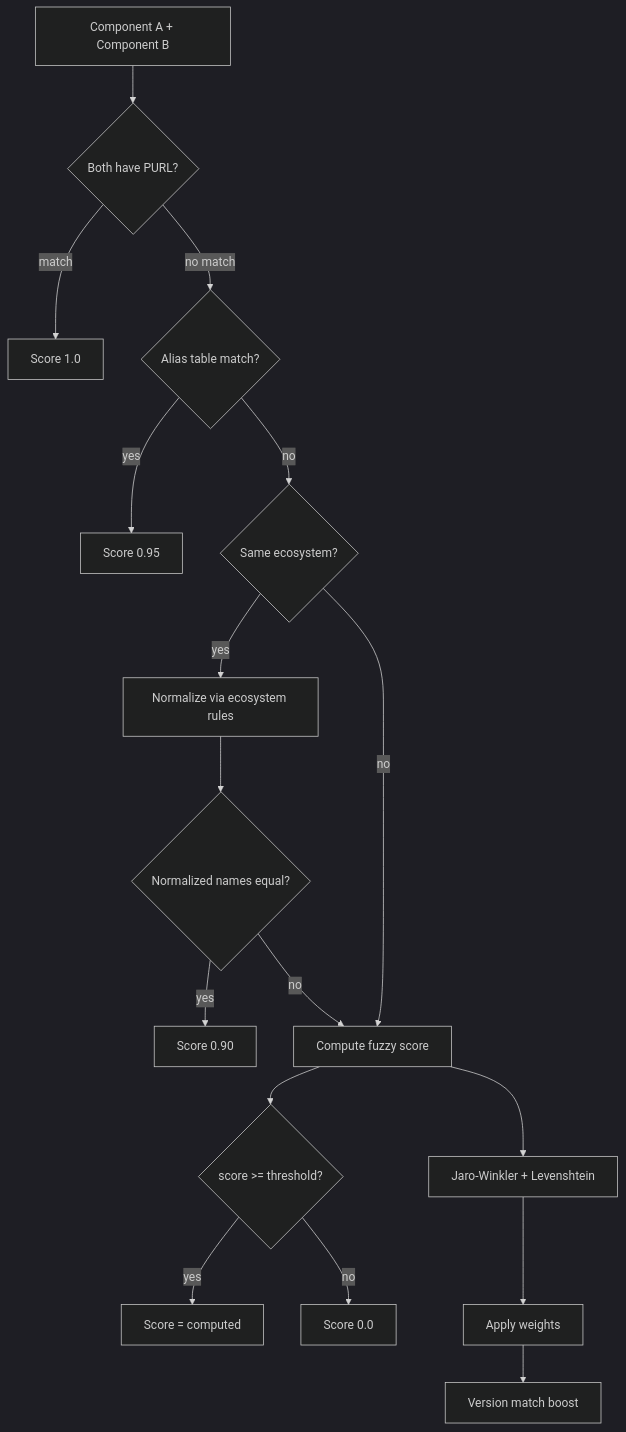
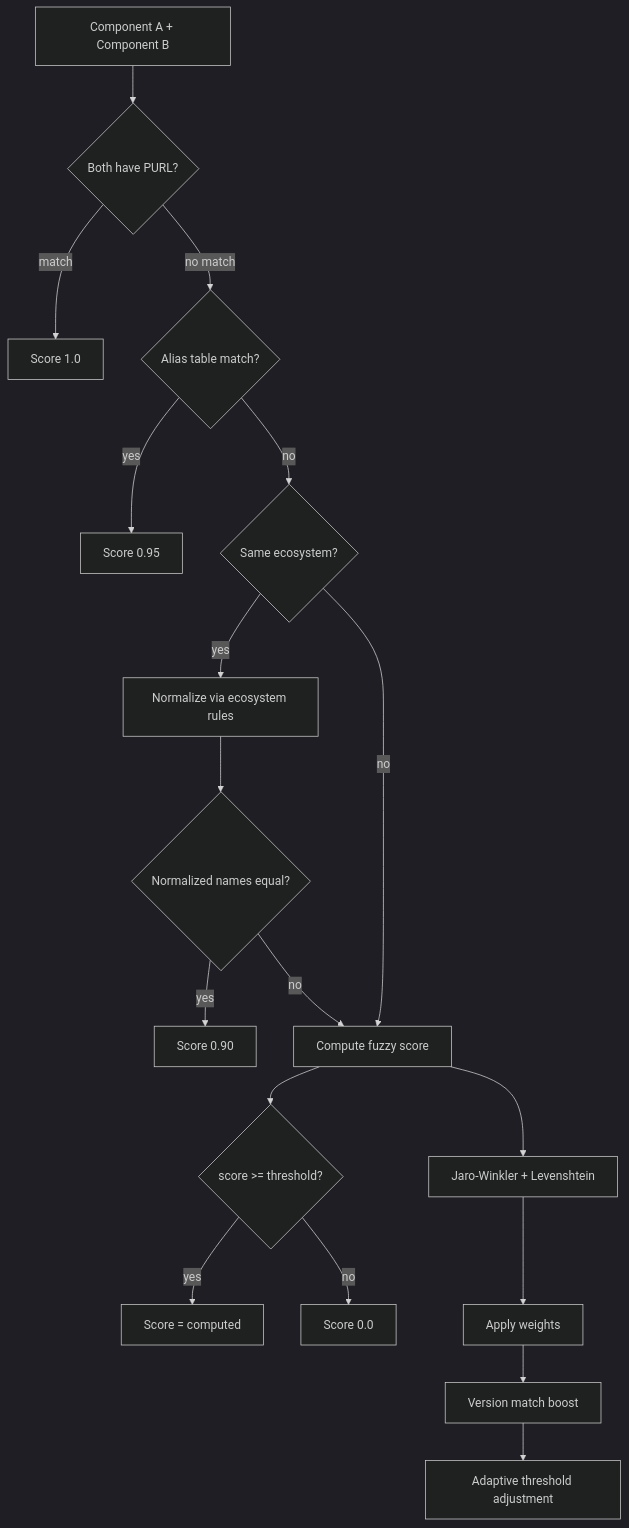
Before and after one commit to sbom-tool/sbom-tools: the second of 3 diagrams in docs/pipeline-diagrams.md, drawn with Mermaid (dark theme). The commit also changed other lines of this file and 3 other files, not shown here.

````diff
--- a/docs/pipeline-diagrams.md
+++ b/docs/pipeline-diagrams.md
@@ -34,20 +34,21 @@
 ```mermaid
 flowchart TD
     A[Component A + Component B] --> B{Both have PURL?}
     B -->|match| Z1[Score 1.0]
     B -->|no match| C{Alias table match?}
     C -->|yes| Z2[Score 0.95]
     C -->|no| D{Same ecosystem?}
     D -->|yes| E[Normalize via ecosystem rules]
     E --> F{Normalized names equal?}
     F -->|yes| Z3[Score 0.90]
     F -->|no| G[Compute fuzzy score]
     D -->|no| G
     G --> H{score >= threshold?}
     H -->|yes| Z4[Score = computed]
     H -->|no| Z5[Score 0.0]
 
     G --> G1[Jaro-Winkler + Levenshtein]
     G1 --> G2[Apply weights]
     G2 --> G3[Version match boost]
+    G3 --> G4[Adaptive threshold adjustment]
 ```
````
